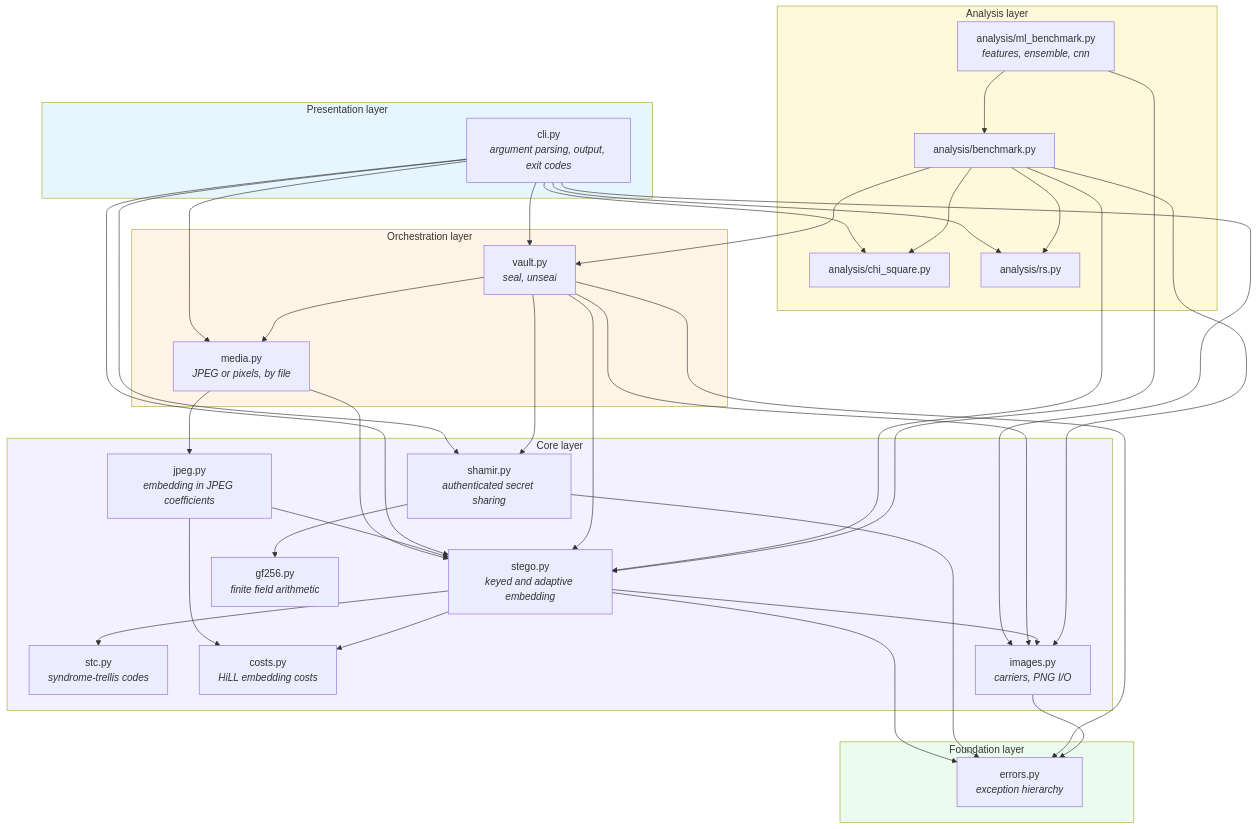
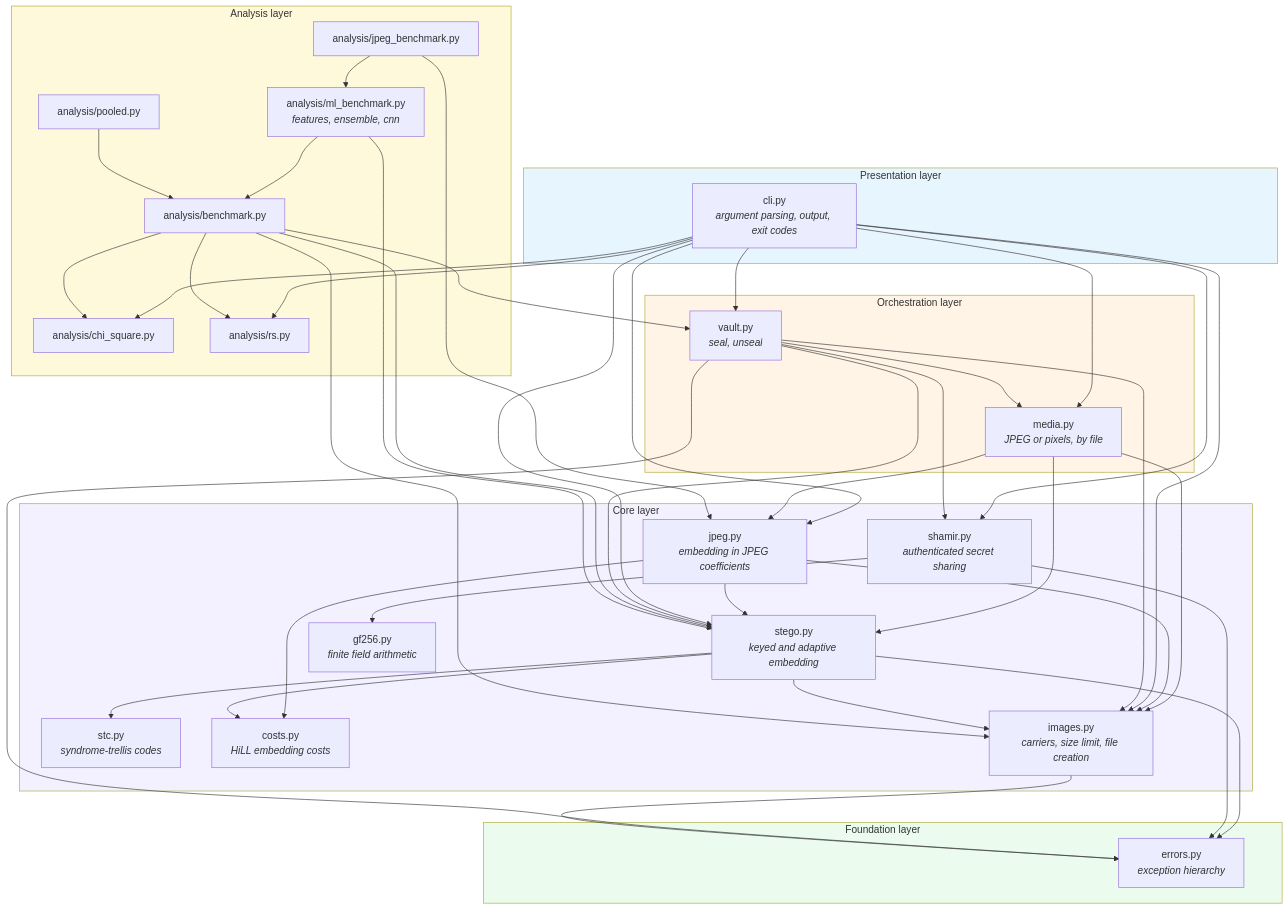
One commit to Just-Ipavon/shardpix changed the second of 4 diagrams in docs/01-architecture.md. Above: the diagram before and after it, drawn with Mermaid. The commit also changed other lines of this file and 4 other files, not shown here.

````diff
--- a/docs/01-architecture.md
+++ b/docs/01-architecture.md
@@ -50,69 +50,77 @@
 ```mermaid
 graph TD
     subgraph presentation["Presentation layer"]
         CLI["cli.py<br/><i>argument parsing, output, exit codes</i>"]
     end
 
     subgraph orchestration["Orchestration layer"]
         VAULT["vault.py<br/><i>seal, unseal</i>"]
         MEDIA["media.py<br/><i>JPEG or pixels, by file</i>"]
     end
 
     subgraph core["Core layer"]
         STEGO["stego.py<br/><i>keyed and adaptive embedding</i>"]
         JPEG["jpeg.py<br/><i>embedding in JPEG coefficients</i>"]
         STC["stc.py<br/><i>syndrome-trellis codes</i>"]
         COSTS["costs.py<br/><i>HiLL embedding costs</i>"]
         SHAMIR["shamir.py<br/><i>authenticated secret sharing</i>"]
         GF["gf256.py<br/><i>finite field arithmetic</i>"]
-        IMG["images.py<br/><i>carriers, PNG I/O</i>"]
+        IMG["images.py<br/><i>carriers, size limit, file creation</i>"]
     end
 
     subgraph analysis["Analysis layer"]
         CHI["analysis/chi_square.py"]
         RS["analysis/rs.py"]
         BENCH["analysis/benchmark.py"]
         ML["analysis/ml_benchmark.py<br/><i>features, ensemble, cnn</i>"]
+        JB["analysis/jpeg_benchmark.py"]
+        POOL["analysis/pooled.py"]
     end
 
     subgraph foundation["Foundation layer"]
         ERR["errors.py<br/><i>exception hierarchy</i>"]
     end
 
     CLI --> VAULT
     CLI --> MEDIA
+    CLI --> JPEG
     VAULT --> MEDIA
     MEDIA --> STEGO
     MEDIA --> JPEG
+    MEDIA --> IMG
     JPEG --> STEGO
     JPEG --> COSTS
+    JPEG --> IMG
     CLI --> STEGO
     CLI --> SHAMIR
     CLI --> CHI
     CLI --> RS
     CLI --> IMG
     VAULT --> STEGO
     VAULT --> SHAMIR
     VAULT --> IMG
     STEGO --> IMG
     STEGO --> STC
     STEGO --> COSTS
     SHAMIR --> GF
     BENCH --> STEGO
     BENCH --> VAULT
     BENCH --> CHI
     BENCH --> RS
     BENCH --> IMG
     ML --> STEGO
     ML --> BENCH
+    JB --> JPEG
+    JB --> ML
+    POOL --> BENCH
     STEGO --> ERR
     SHAMIR --> ERR
     VAULT --> ERR
     IMG --> ERR
 
     style presentation fill:#e7f5ff
     style orchestration fill:#fff4e6
     style core fill:#f3f0ff
     style analysis fill:#fff9db
     style foundation fill:#ebfbee
 ```
````
